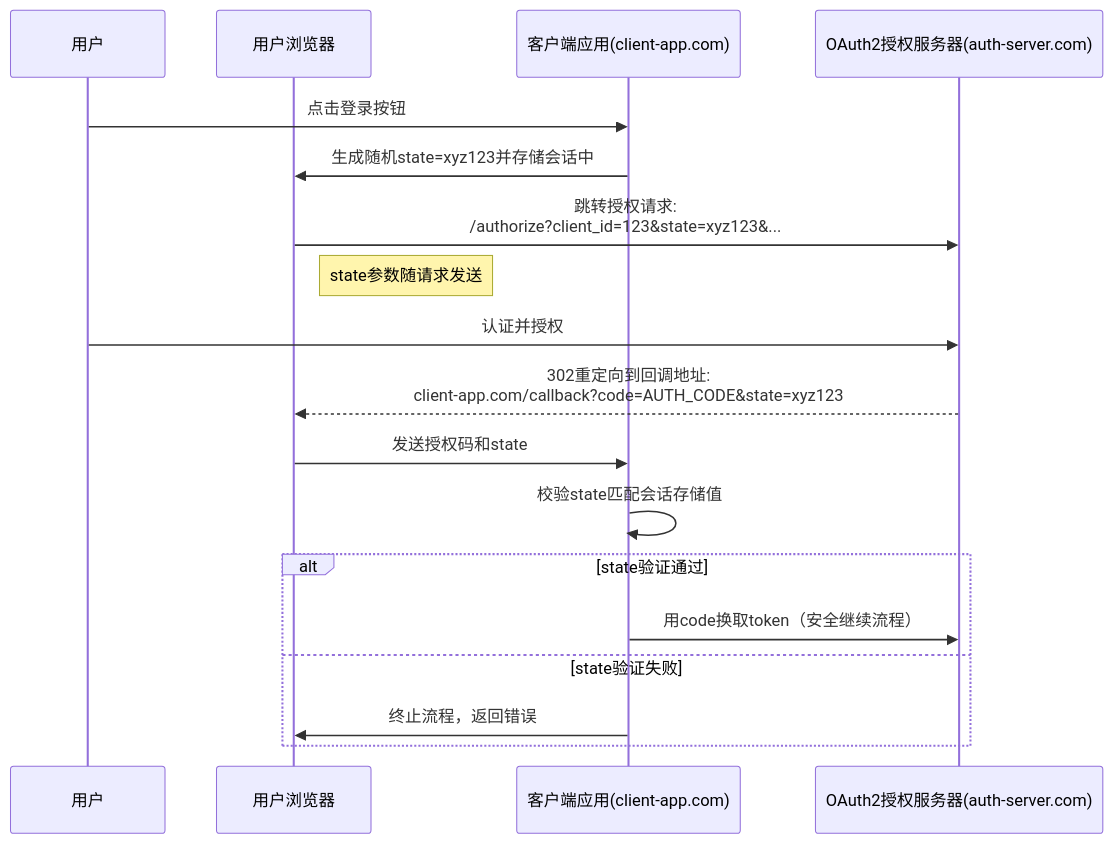
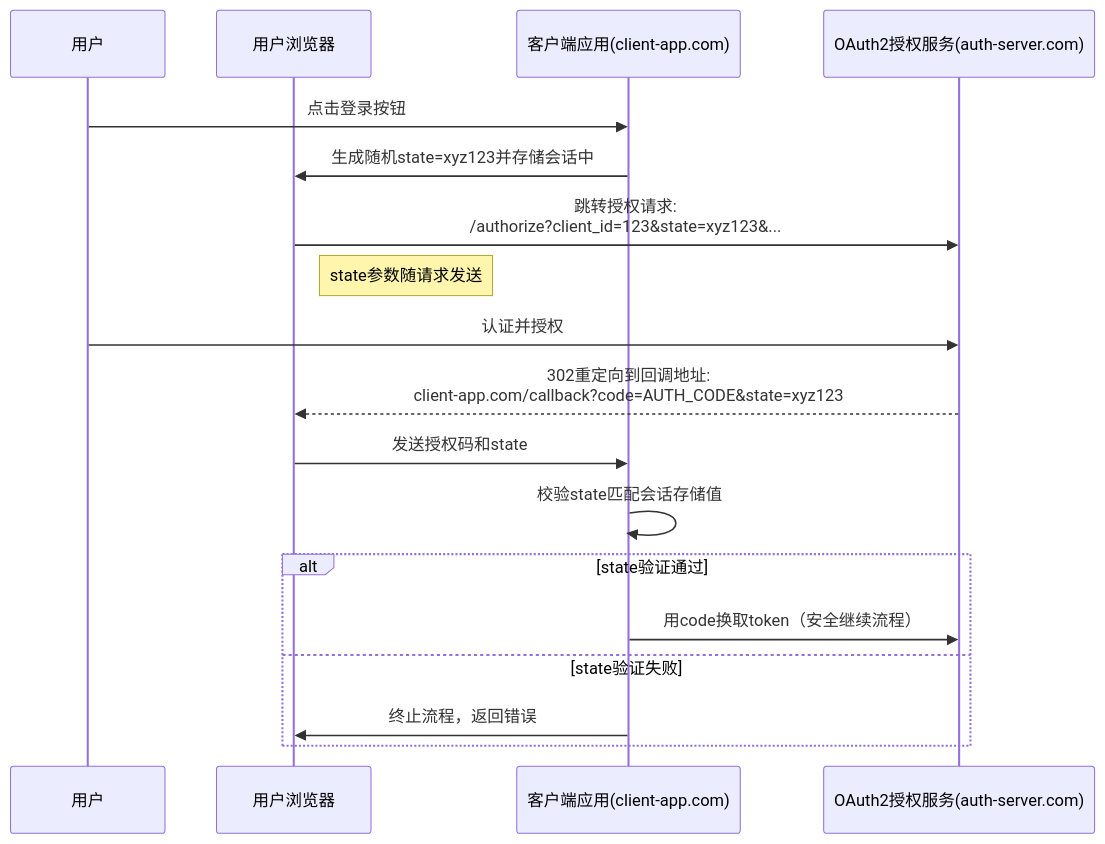
One commit to xunbu/notes changed the tenth of 10 diagrams in 互联网认证授权机制/互联网认证授权机制.md. Above: the diagram before and after it, drawn with Mermaid. The commit also changed other lines of this file, not shown here.

````diff
--- a/互联网认证授权机制/互联网认证授权机制.md
+++ b/互联网认证授权机制/互联网认证授权机制.md
@@ -444,21 +444,21 @@
 ```mermaid
 sequenceDiagram
     participant 用户 as 用户
     participant 浏览器 as 用户浏览器
     participant 客户端应用 as 客户端应用(client-app.com)
-    participant 授权服务器 as OAuth2授权服务器(auth-server.com)
+    participant 授权服务 as OAuth2授权服务(auth-server.com)
 
     用户->>客户端应用: 点击登录按钮
     客户端应用->>浏览器: 生成随机state=xyz123并存储会话中
-    浏览器->>授权服务器: 跳转授权请求:<br/>/authorize?client_id=123&state=xyz123&...
+    浏览器->>授权服务: 跳转授权请求:<br/>/authorize?client_id=123&state=xyz123&...
     Note right of 浏览器: state参数随请求发送
-    用户->>授权服务器: 认证并授权
-    授权服务器-->>浏览器: 302重定向到回调地址:<br/>client-app.com/callback?code=AUTH_CODE&state=xyz123
+    用户->>授权服务: 认证并授权
+    授权服务-->>浏览器: 302重定向到回调地址:<br/>client-app.com/callback?code=AUTH_CODE&state=xyz123
     浏览器->>客户端应用: 发送授权码和state
     客户端应用->>客户端应用: 校验state匹配会话存储值
     alt state验证通过
-        客户端应用->>授权服务器: 用code换取token（安全继续流程）
+        客户端应用->>授权服务: 用code换取token（安全继续流程）
     else state验证失败
         客户端应用->>浏览器: 终止流程，返回错误
     end
 ```
````
